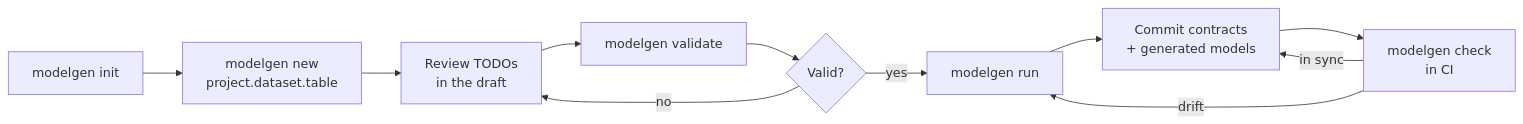
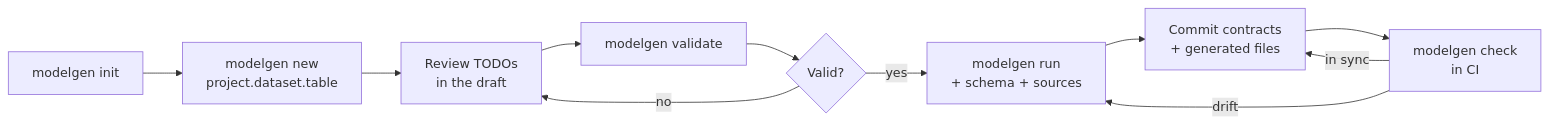
Before and after one commit to wraith-proxy/wraith-modelgen: the diagram in docs/usage.md, drawn with Mermaid. The commit also changed other lines of this file and 4 other files, not shown here.

Commit message:
:memo: feature/TJP-14115: docs sync, schema and sources modes, dialects, config keys, tests-output, lint codes

````diff
--- a/docs/usage.md
+++ b/docs/usage.md
@@ -8,13 +8,13 @@
 ```mermaid
 flowchart LR
     A["modelgen init"] --> B["modelgen new\nproject.dataset.table"]
     B --> C["Review TODOs\nin the draft"]
     C --> D["modelgen validate"]
     D --> E{Valid?}
     E -->|no| C
-    E -->|yes| F["modelgen run"]
-    F --> G["Commit contracts\n+ generated models"]
+    E -->|yes| F["modelgen run\n+ schema + sources"]
+    F --> G["Commit contracts\n+ generated files"]
     G --> H["modelgen check\nin CI"]
     H -->|drift| F
     H -->|in sync| G
 ```
````
